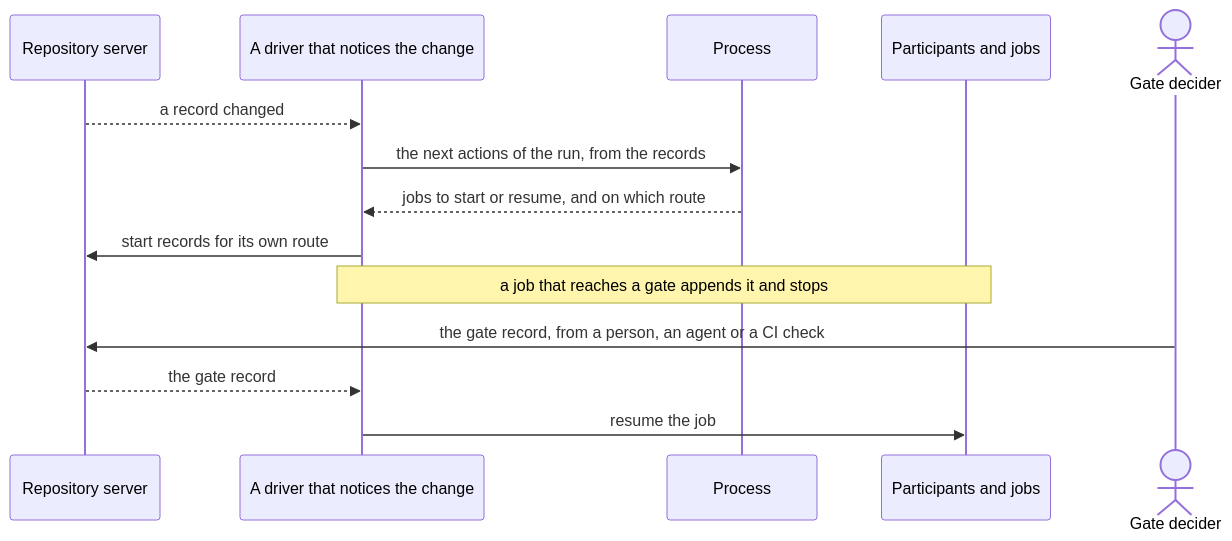
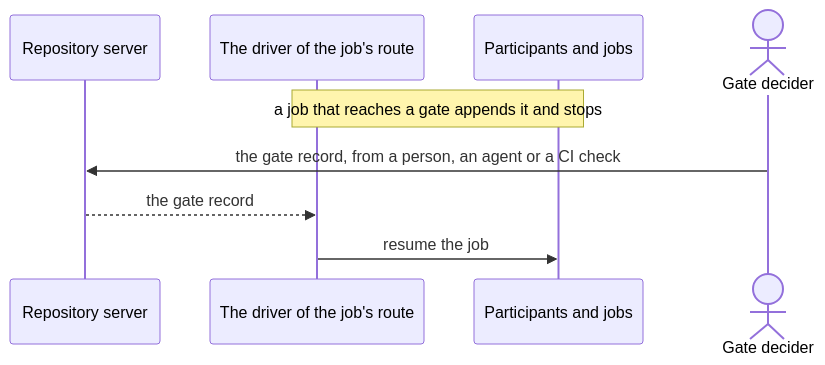
One commit to akmaier/agent-m changed the eighth of 11 diagrams in docs/architecture/ARC-037-agent-m-as-a-whole.md. Above: the diagram before and after it, drawn with Mermaid. The commit also changed other lines of this file and 22 other files, not shown here.

````diff
--- a/docs/architecture/ARC-037-agent-m-as-a-whole.md
+++ b/docs/architecture/ARC-037-agent-m-as-a-whole.md
@@ -432,16 +429,11 @@
 ```mermaid
 sequenceDiagram
   participant R as Repository server
-  participant W as A driver that notices the change
-  participant P as Process
+  participant W as The driver of the job's route
   participant J as Participants and jobs
   actor D as Gate decider
-  R-->>W: a record changed
-  W->>P: the next actions of the run, from the records
-  P-->>W: jobs to start or resume, and on which route
-  W->>R: start records for its own route
   Note over W,J: a job that reaches a gate appends it and stops
   D->>R: the gate record, from a person, an agent or a CI check
   R-->>W: the gate record
   W->>J: resume the job
 ```
````
